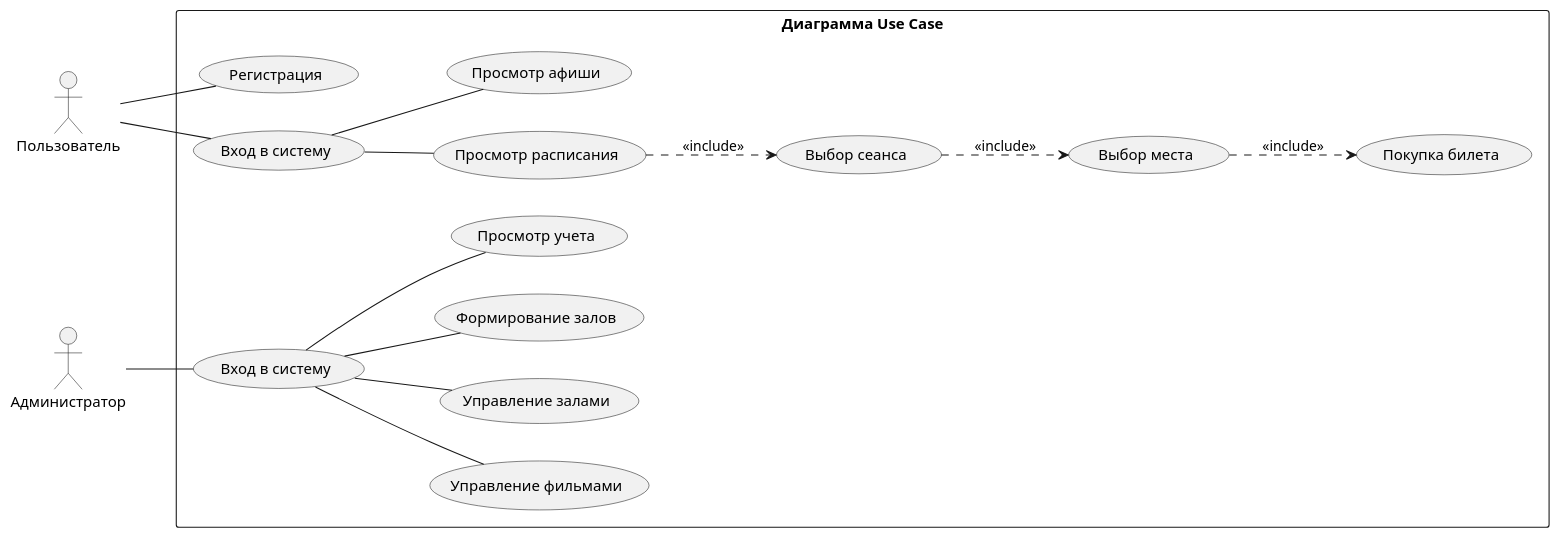
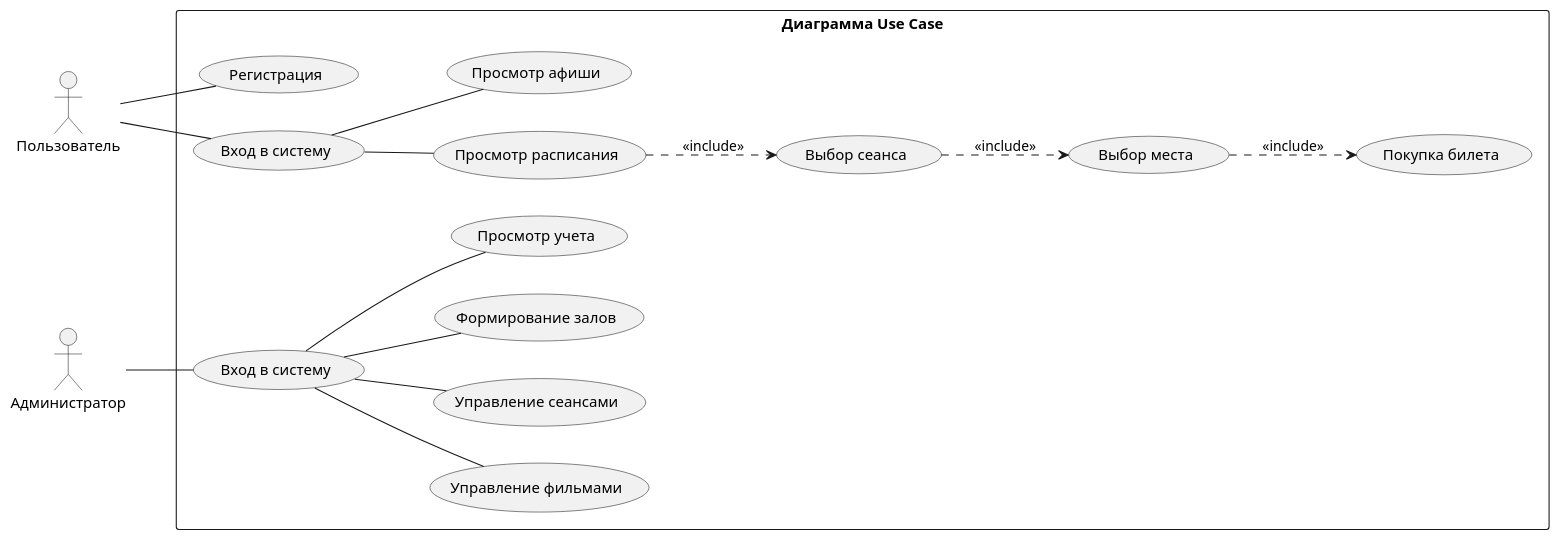
One commit to Michael-krutisha/Data_Cinema changed the diagram in docs/diagram1.puml. Above: the diagram before and after it, drawn with PlantUML.

Commit message:
Use case

```diff
--- a/docs/diagram1.puml
+++ b/docs/diagram1.puml
@@ -1,46 +1,46 @@
 @startuml
 left to right direction
 skinparam packageStyle rectangle
 
 actor "Пользователь" as User
 actor "Администратор" as Admin
 
 rectangle "Диаграмма Use Case" {
     ' Прецеденты Пользователя
     usecase "Регистрация" as UC_Reg
     usecase "Вход в систему" as UC_Login
     usecase "Просмотр расписания" as UC_Schedule
     usecase "Просмотр афиши" as UC_Movies
     usecase "Выбор сеанса" as UC_Session
     usecase "Выбор места" as UC_Seat
     usecase "Покупка билета" as UC_Ticket
 
     ' Прецеденты Администратора
     usecase "Вход в систему" as UC_AdminLogin
     usecase "Управление фильмами" as UC_ManageMovies
-    usecase "Управление залами" as UC_ManageHalls
+    usecase "Управление сеансами" as UC_ManageHalls
     usecase "Формирование залов" as UC_FormHalls
     usecase "Просмотр учета" as UC_ViewReports
 }
 
 ' Связи Пользователя
 User -- UC_Reg
 User -- UC_Login
 
 ' Твоё исправление: Просмотр афиши и расписания доступны ТОЛЬКО после Входа в систему
 UC_Login -- UC_Schedule
 UC_Login -- UC_Movies
 
 ' Связи include (пунктирные стрелки)
 UC_Schedule ..> UC_Session : "<<include>>"
 UC_Session ..> UC_Seat : "<<include>>"
 UC_Seat ..> UC_Ticket : "<<include>>"
 
 ' Связи Администратора
 Admin -- UC_AdminLogin
 UC_AdminLogin -- UC_ManageMovies
 UC_AdminLogin -- UC_ManageHalls
 UC_AdminLogin -- UC_FormHalls
 UC_AdminLogin -- UC_ViewReports
 
 @enduml 
```
